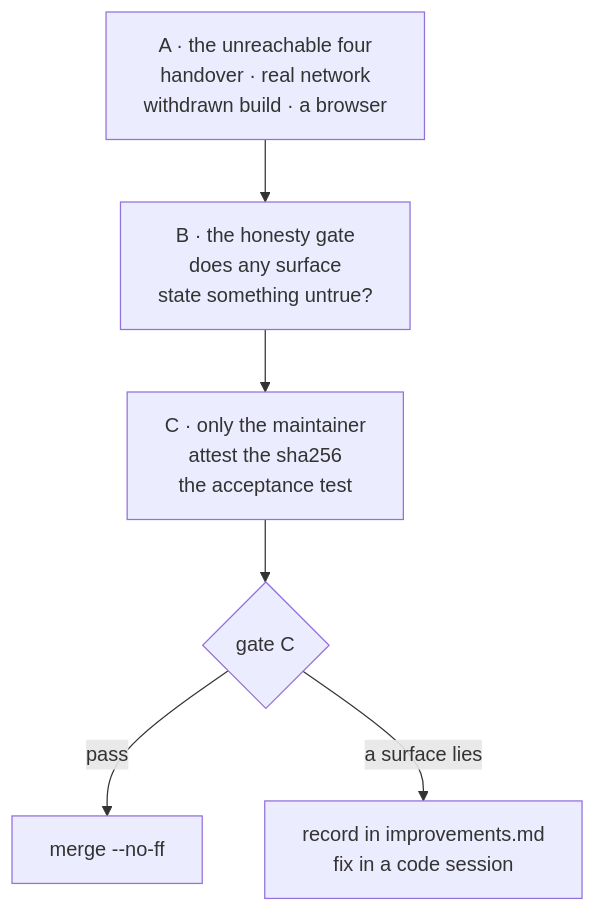
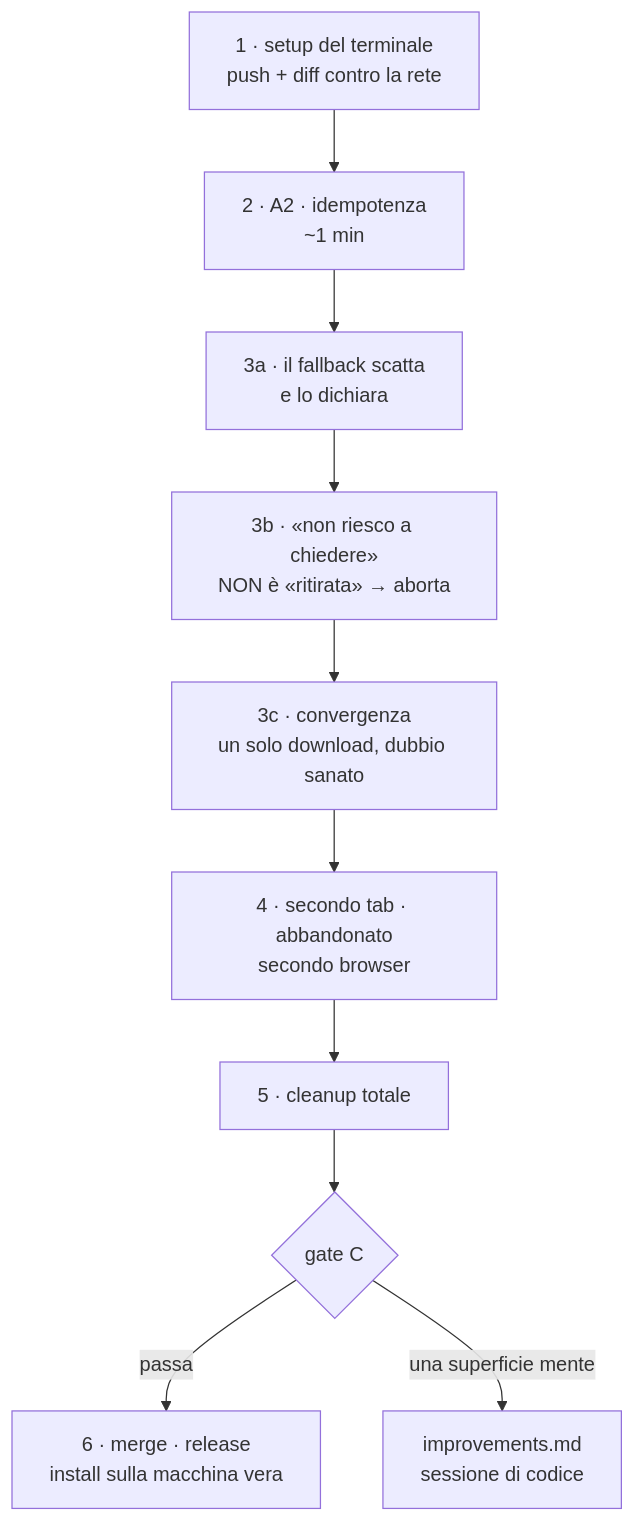
Before and after one commit to alergyonthestage/ytdl: the diagram in docs/verifica-cycle6plus.md, drawn with Mermaid. The commit also changed other lines of this file and 2 other files, not shown here.

````diff
--- a/docs/verifica-cycle6plus.md
+++ b/docs/verifica-cycle6plus.md
@@ -53,9 +51,12 @@
 ```mermaid
 flowchart TD
-  A["A · the unreachable four<br/>handover · real network<br/>withdrawn build · a browser"]
-  B["B · the honesty gate<br/>does any surface<br/>state something untrue?"]
-  C["C · only the maintainer<br/>attest the sha256<br/>the acceptance test"]
-  A --> B --> C --> D{"gate C"}
-  D -->|pass| M["merge --no-ff"]
-  D -->|a surface lies| R["record in improvements.md<br/>fix in a code session"]
+  S["1 · setup del terminale<br/>push + diff contro la rete"] --> A2["2 · A2 · idempotenza<br/>~1 min"]
+  A2 --> A3a["3a · il fallback scatta<br/>e lo dichiara"]
+  A3a --> A3b["3b · «non riesco a chiedere»<br/>NON è «ritirata» → aborta"]
+  A3b --> A3c["3c · convergenza<br/>un solo download, dubbio sanato"]
+  A3c --> B["4 · secondo tab · abbandonato<br/>secondo browser"]
+  B --> CL["5 · cleanup totale"]
+  CL --> G{"gate C"}
+  G -->|passa| CH["6 · merge · release<br/>install sulla macchina vera"]
+  G -->|una superficie mente| R["improvements.md<br/>sessione di codice"]
 ```
````
